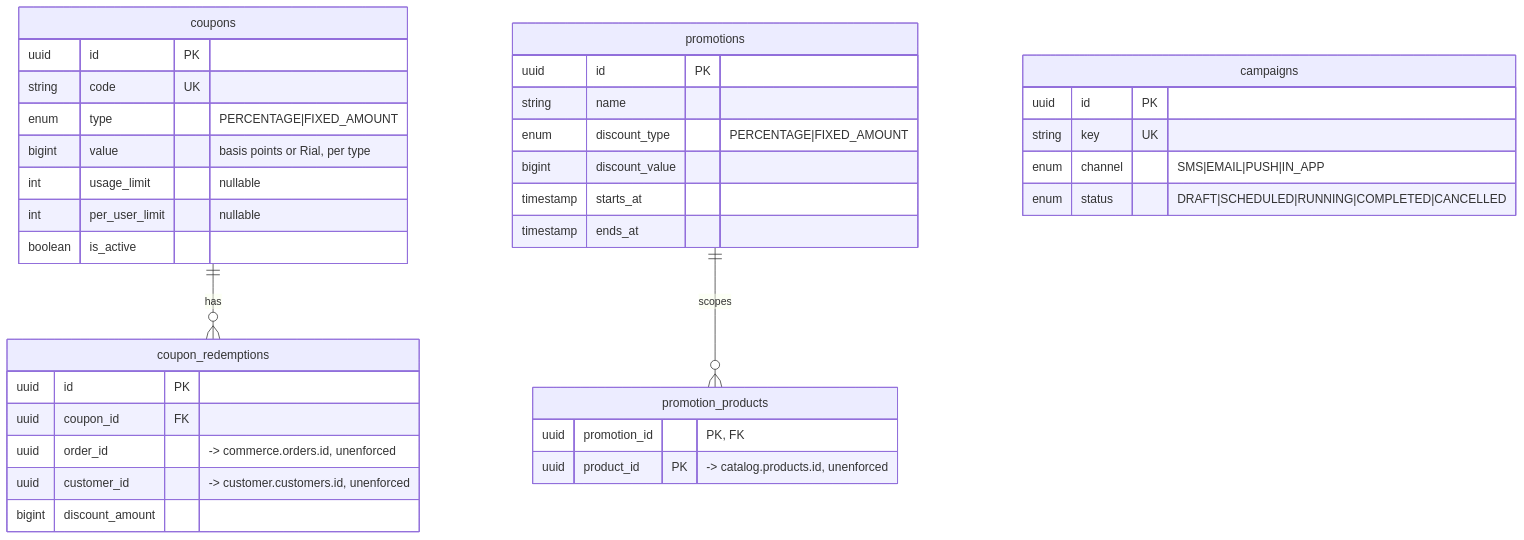
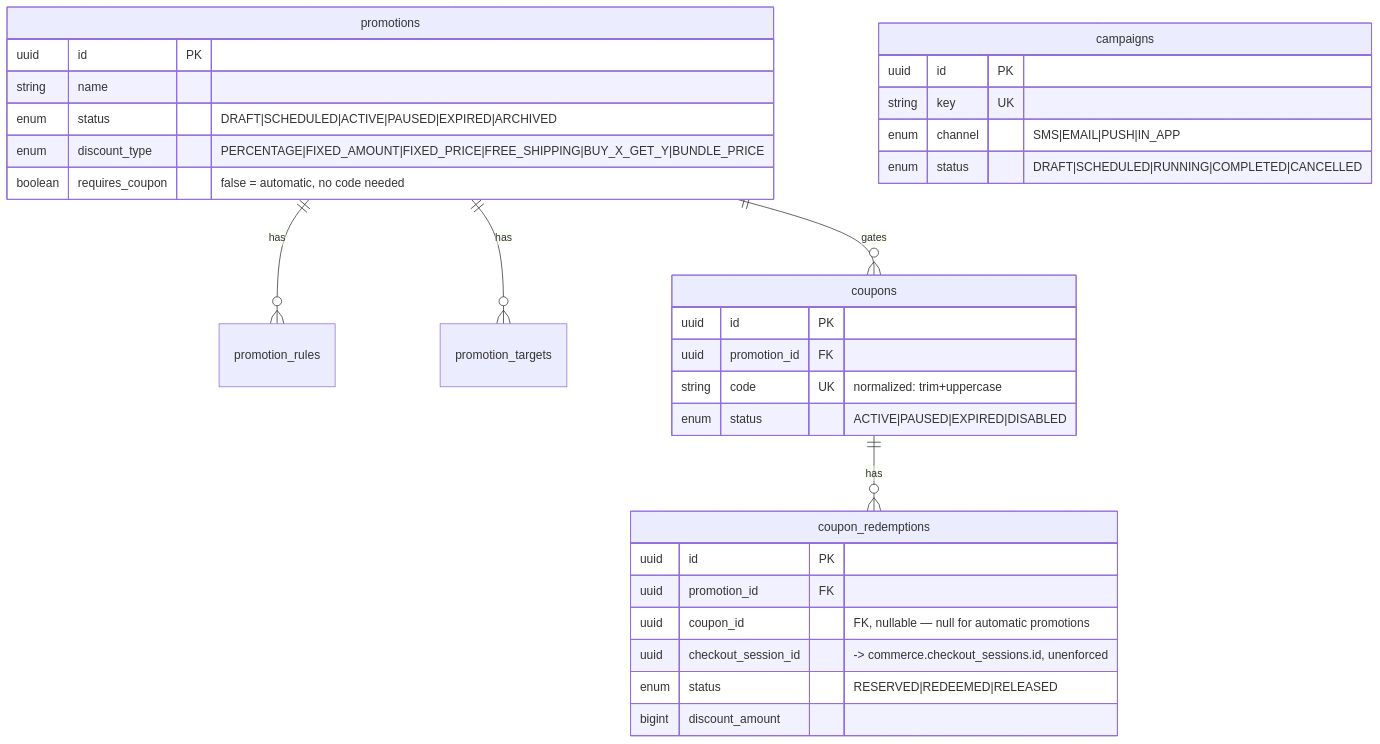
Before and after one commit to HuseinHbz/Didar: the seventh of 12 diagrams in docs/database/erd.md, drawn with Mermaid. The commit also changed other lines of this file and 13 other files, not shown here.

````diff
--- a/docs/database/erd.md
+++ b/docs/database/erd.md
@@ -550,40 +565,35 @@
 ```mermaid
 erDiagram
+    promotions ||--o{ promotion_rules : has
+    promotions ||--o{ promotion_targets : has
+    promotions ||--o{ coupons : gates
     coupons ||--o{ coupon_redemptions : has
-    promotions ||--o{ promotion_products : scopes
 
+    promotions {
+        uuid id PK
+        string name
+        enum status "DRAFT|SCHEDULED|ACTIVE|PAUSED|EXPIRED|ARCHIVED"
+        enum discount_type "PERCENTAGE|FIXED_AMOUNT|FIXED_PRICE|FREE_SHIPPING|BUY_X_GET_Y|BUNDLE_PRICE"
+        boolean requires_coupon "false = automatic, no code needed"
+    }
     coupons {
         uuid id PK
-        string code UK
-        enum type "PERCENTAGE|FIXED_AMOUNT"
-        bigint value "basis points or Rial, per type"
-        int usage_limit "nullable"
-        int per_user_limit "nullable"
-        boolean is_active
+        uuid promotion_id FK
+        string code UK "normalized: trim+uppercase"
+        enum status "ACTIVE|PAUSED|EXPIRED|DISABLED"
     }
     coupon_redemptions {
         uuid id PK
-        uuid coupon_id FK
-        uuid order_id "-> commerce.orders.id, unenforced"
-        uuid customer_id "-> customer.customers.id, unenforced"
+        uuid promotion_id FK
+        uuid coupon_id "FK, nullable — null for automatic promotions"
+        uuid checkout_session_id "-> commerce.checkout_sessions.id, unenforced"
+        enum status "RESERVED|REDEEMED|RELEASED"
         bigint discount_amount
-    }
-    promotions {
-        uuid id PK
-        string name
-        enum discount_type "PERCENTAGE|FIXED_AMOUNT"
-        bigint discount_value
-        timestamp starts_at
-        timestamp ends_at
-    }
-    promotion_products {
-        uuid promotion_id "PK, FK"
-        uuid product_id PK "-> catalog.products.id, unenforced"
     }
     campaigns {
         uuid id PK
         string key UK
         enum channel "SMS|EMAIL|PUSH|IN_APP"
         enum status "DRAFT|SCHEDULED|RUNNING|COMPLETED|CANCELLED"
     }
 ```
````
